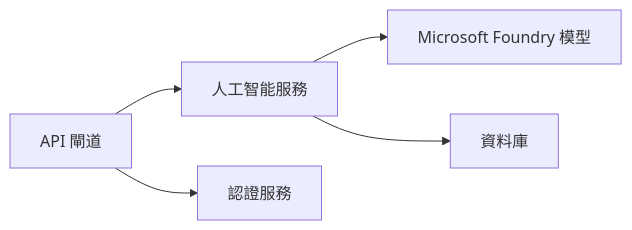
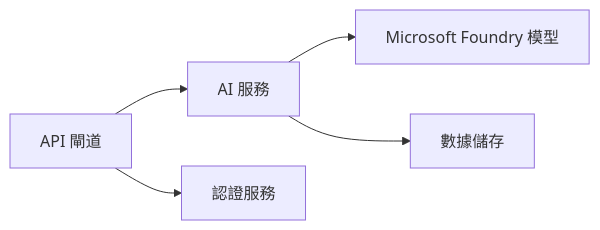
The first of 2 diagrams in translations/zh-HK/docs/chapter-08-production/README.md (microsoft/AZD-for-beginners), drawn with Mermaid before and after one commit. The commit also changed other lines of this file and 1 other file, not shown here.

````diff
--- a/translations/zh-HK/docs/chapter-08-production/README.md
+++ b/translations/zh-HK/docs/chapter-08-production/README.md
@@ -48,6 +48,6 @@
 ```mermaid
 graph LR
-    Gateway[API 閘道] --> AI[人工智能服務] --> Models[Microsoft Foundry 模型]
+    Gateway[API 閘道] --> AI[AI 服務] --> Models[Microsoft Foundry 模型]
     Gateway --> Auth[認證服務]
-    AI --> Data[資料庫]
+    AI --> Data[數據儲存]
 ```
````
